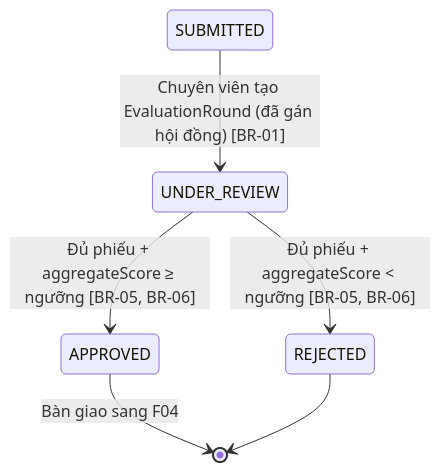
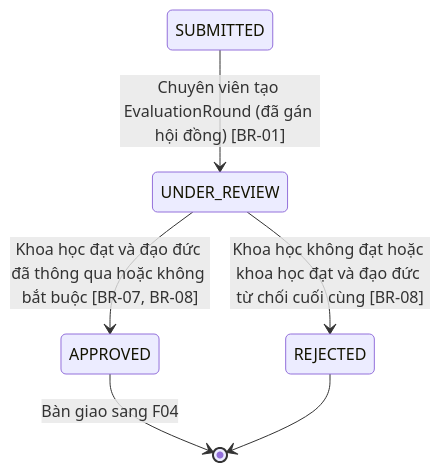
One commit to PTZero2026/rms-docs changed the second of 2 diagrams in docs/features/F03-xet-duyet-hoi-dong/spec.md. Above: the diagram before and after it, drawn with Mermaid. The commit also changed other lines of this file and 590 other files, not shown here.

````diff
--- a/docs/features/F03-xet-duyet-hoi-dong/spec.md
+++ b/docs/features/F03-xet-duyet-hoi-dong/spec.md
@@ -79,8 +83,8 @@
 ```mermaid
 stateDiagram-v2
     SUBMITTED --> UNDER_REVIEW : Chuyên viên tạo EvaluationRound (đã gán hội đồng) [BR-01]
-    UNDER_REVIEW --> APPROVED : Đủ phiếu + aggregateScore ≥ ngưỡng [BR-05, BR-06]
-    UNDER_REVIEW --> REJECTED : Đủ phiếu + aggregateScore < ngưỡng [BR-05, BR-06]
+    UNDER_REVIEW --> APPROVED : Khoa học đạt và đạo đức đã thông qua hoặc không bắt buộc [BR-07, BR-08]
+    UNDER_REVIEW --> REJECTED : Khoa học không đạt hoặc khoa học đạt và đạo đức từ chối cuối cùng [BR-08]
     APPROVED --> [*] : Bàn giao sang F04
     REJECTED --> [*]
 ```
````
